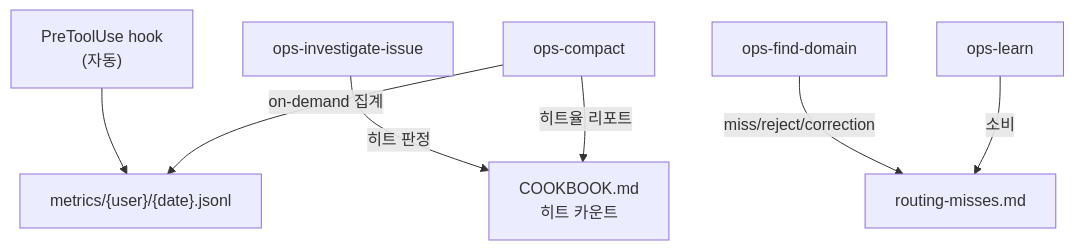
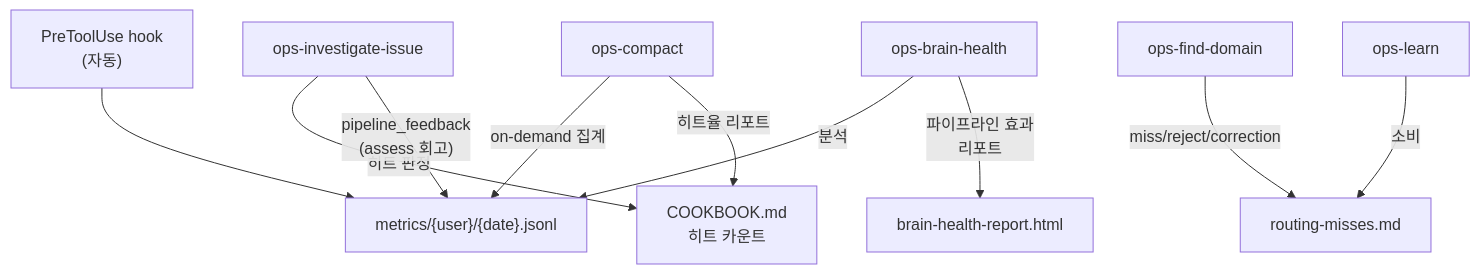
One commit to flex-team/flex-oncall changed the third of 4 diagrams in brain/README.md. Above: the diagram before and after it, drawn with Mermaid. The commit also changed other lines of this file, not shown here.

Commit message:
📝 (docs): brain/README.md 메트릭스 수집 흐름 + 수집처 테이블 파이프라인 반영
- mermaid에 pipeline_feedback → JSONL, brain-health → 리포트 노드 추가
- 데이터 흐름 텍스트에 pipeline_feedback → "파이프라인 효과" 섹션 추가
- 수집처 테이블에 pipeline_feedback 행 추가

````diff
--- a/brain/README.md
+++ b/brain/README.md
@@ -96,9 +96,12 @@
 ```mermaid
 flowchart TD
     Hook["PreToolUse hook<br/>(자동)"] --> JSONL["metrics/{user}/{date}.jsonl"]
     INV["ops-investigate-issue"] -- "히트 판정" --> HIT["COOKBOOK.md<br/>히트 카운트"]
+    INV -- "pipeline_feedback<br/>(assess 회고)" --> JSONL
     FD["ops-find-domain"] -- "miss/reject/correction" --> RM["routing-misses.md"]
     LEARN["ops-learn"] -- "소비" --> RM
     COMPACT["ops-compact"] -- "on-demand 집계" --> JSONL
     COMPACT -- "히트율 리포트" --> HIT
+    BH["ops-brain-health"] -- "분석" --> JSONL
+    BH -- "파이프라인 효과<br/>리포트" --> RPT["brain-health-report.html"]
 ```
````
